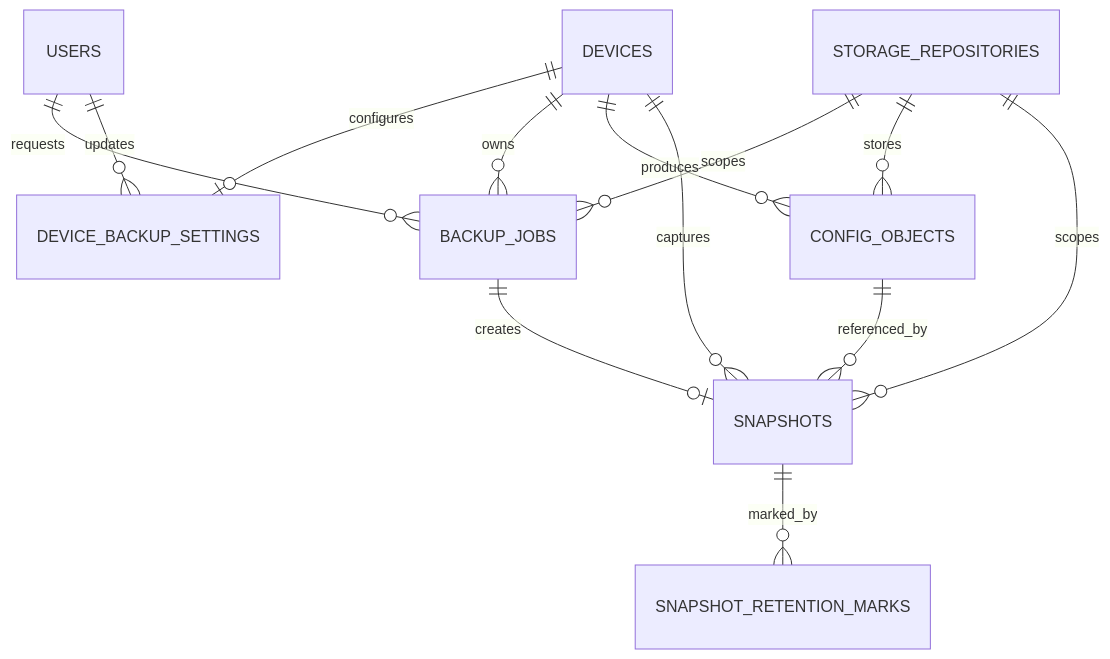
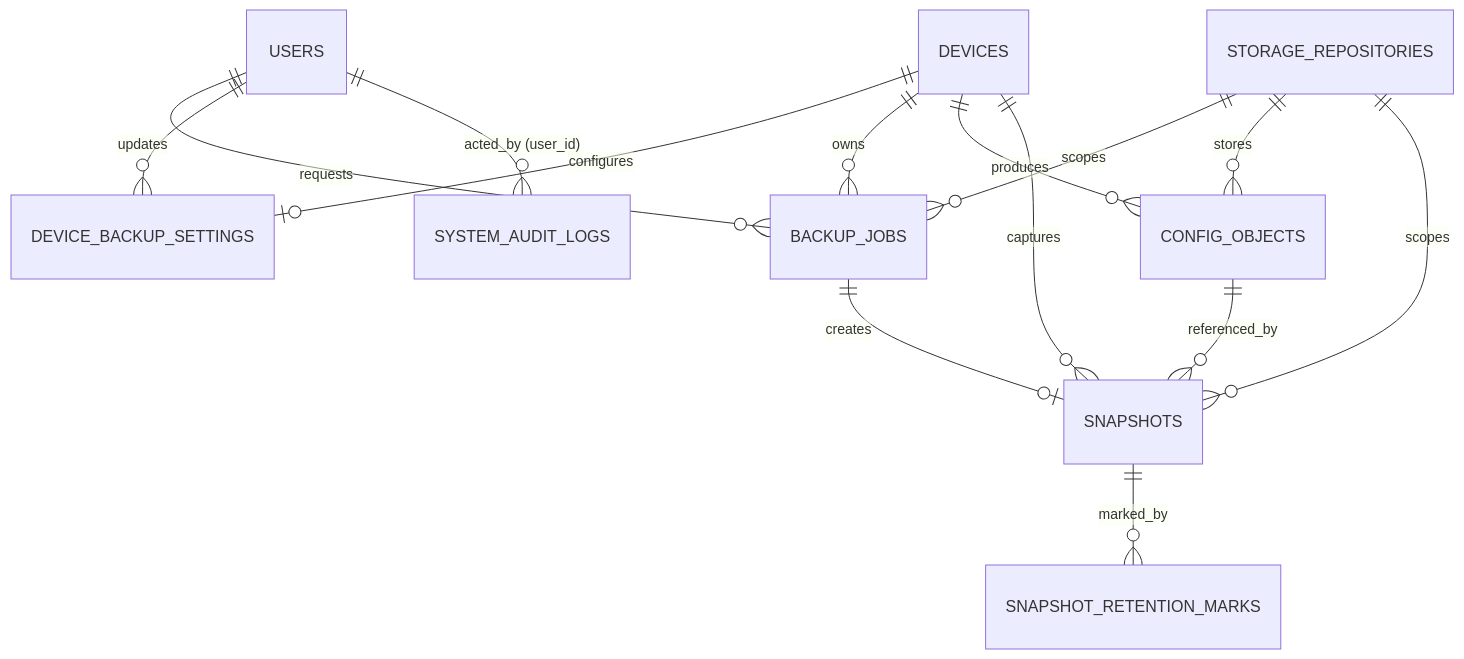
The diagram in docs/02-architecture/DATABASE-SCHEMA-ERD-v1.0.md (NugrohoAdySusanto/network-backup), drawn with Mermaid before and after one commit. The commit also changed other lines of this file and 53 other files, not shown here.

Commit message:
feat: integrate comprehensive audit logging for backup execution events and system operations

````diff
--- a/docs/02-architecture/DATABASE-SCHEMA-ERD-v1.0.md
+++ b/docs/02-architecture/DATABASE-SCHEMA-ERD-v1.0.md
@@ -22,15 +22,16 @@
 ```mermaid
 erDiagram
     USERS ||--o{ BACKUP_JOBS : requests
     USERS ||--o{ DEVICE_BACKUP_SETTINGS : updates
+    USERS ||--o{ SYSTEM_AUDIT_LOGS : "acted_by (user_id)"
     DEVICES ||--o| DEVICE_BACKUP_SETTINGS : configures
     DEVICES ||--o{ BACKUP_JOBS : owns
     DEVICES ||--o{ CONFIG_OBJECTS : produces
     DEVICES ||--o{ SNAPSHOTS : captures
     STORAGE_REPOSITORIES ||--o{ BACKUP_JOBS : scopes
     STORAGE_REPOSITORIES ||--o{ CONFIG_OBJECTS : stores
     STORAGE_REPOSITORIES ||--o{ SNAPSHOTS : scopes
     BACKUP_JOBS ||--o| SNAPSHOTS : creates
     CONFIG_OBJECTS ||--o{ SNAPSHOTS : referenced_by
     SNAPSHOTS ||--o{ SNAPSHOT_RETENTION_MARKS : marked_by
 ```
````
